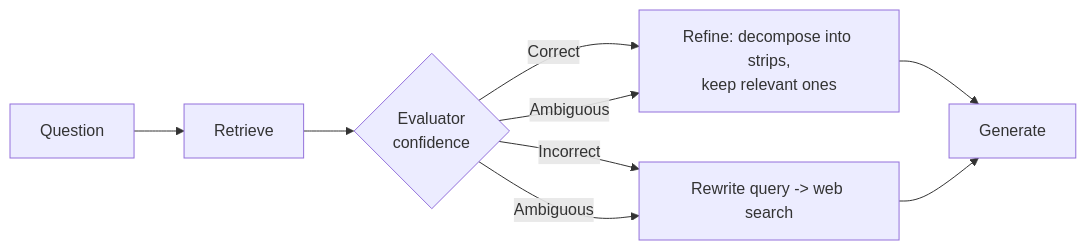
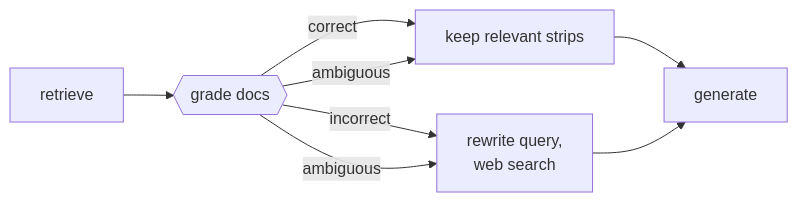
One commit to whrui720/GraphRAG_playground changed the diagram in notes/variants/control-flow/Corrective RAG.md. Above: the diagram before and after it, drawn with Mermaid. The commit also changed 65 other files, not shown here.

Commit message:
fixed + added more diagrams

````diff
--- a/notes/variants/control-flow/Corrective RAG.md
+++ b/notes/variants/control-flow/Corrective RAG.md
@@ -25,10 +25,10 @@
 ```mermaid
 flowchart LR
-  Q[Question] --> R[Retrieve] --> E{Evaluator<br/>confidence}
-  E -->|Correct| K[Refine: decompose into strips,<br/>keep relevant ones]
-  E -->|Incorrect| W[Rewrite query -> web search]
-  E -->|Ambiguous| K
-  E -->|Ambiguous| W
-  K --> G[Generate]
+  R[retrieve] --> E{{grade docs}}
+  E -->|correct| K[keep relevant strips]
+  E -->|incorrect| W[rewrite query,<br/>web search]
+  E -->|ambiguous| K
+  E -->|ambiguous| W
+  K --> G[generate]
   W --> G
 ```
````
